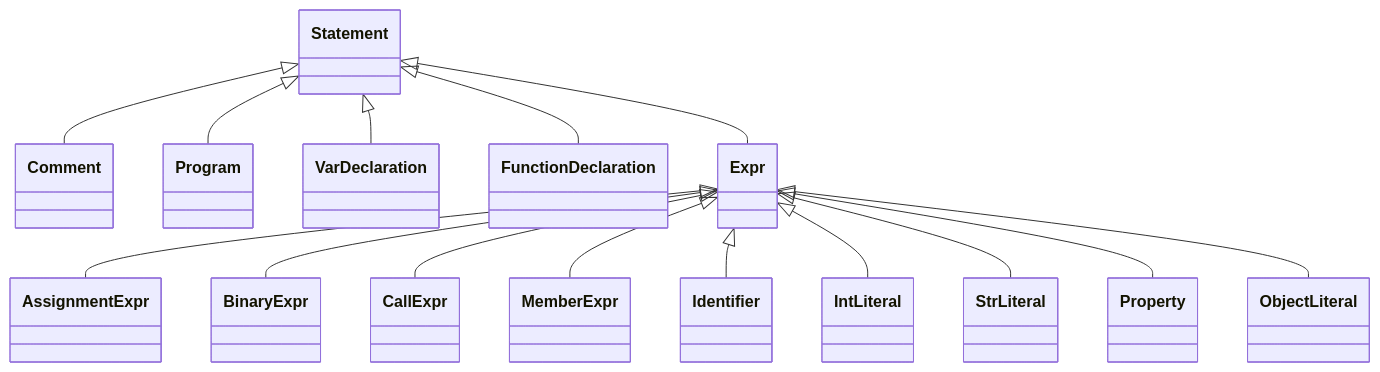
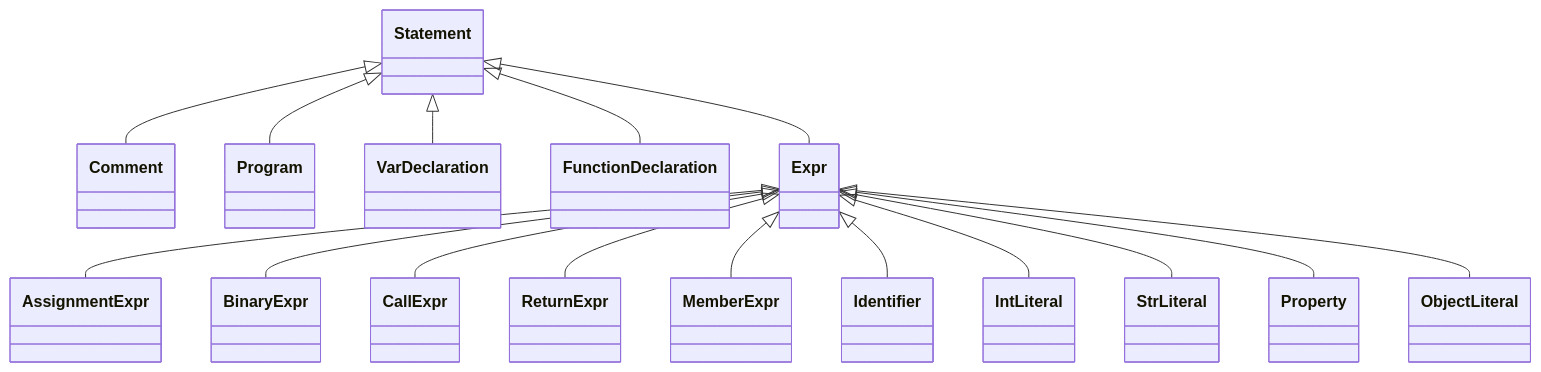
The diagram in doc/AST.md (MasterZydra/ScriLa), drawn with Mermaid before and after one commit.

Commit message:
AST.md: Add ReturnExpr

````diff
--- a/doc/AST.md
+++ b/doc/AST.md
@@ -3,17 +3,18 @@
 ```mermaid
 classDiagram
   Statement <|-- Comment
   Statement <|-- Program
   Statement <|-- VarDeclaration
   Statement <|-- FunctionDeclaration
   Statement <|-- Expr
   Expr <|-- AssignmentExpr
   Expr <|-- BinaryExpr
   Expr <|-- CallExpr
+  Expr <|-- ReturnExpr
   Expr <|-- MemberExpr
   Expr <|-- Identifier
   Expr <|-- IntLiteral
   Expr <|-- StrLiteral
   Expr <|-- Property
   Expr <|-- ObjectLiteral
 ```
````
